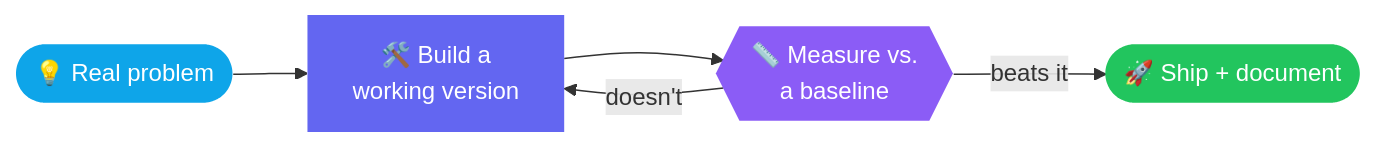
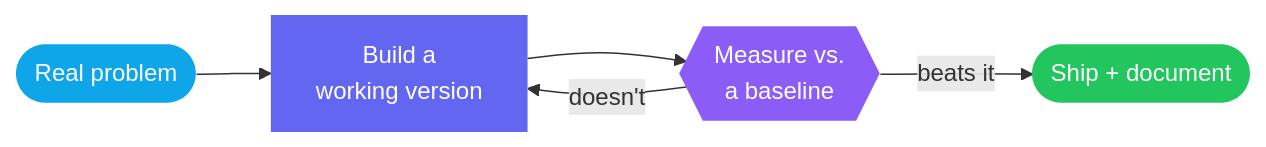
The first of 2 diagrams in README.md (sonubiswal/sonubiswal), drawn with Mermaid before and after one commit. The commit also changed other lines of this file, not shown here.

````diff
--- a/README.md
+++ b/README.md
@@ -102,12 +61,12 @@
 ```mermaid
 flowchart LR
-    A([💡 Real problem]) --> B[🛠️ Build a<br/>working version]
-    B --> C{{📏 Measure vs.<br/>a baseline}}
-    C -->|beats it| D([🚀 Ship + document])
+    A([Real problem]) --> B[Build a<br/>working version]
+    B --> C{{Measure vs.<br/>a baseline}}
+    C -->|beats it| D([Ship + document])
     C -->|doesn't| B
 
     style A fill:#0ea5e9,color:#fff,stroke:none
     style B fill:#6366f1,color:#fff,stroke:none
     style C fill:#8b5cf6,color:#fff,stroke:none
     style D fill:#22c55e,color:#fff,stroke:none
 ```
````
